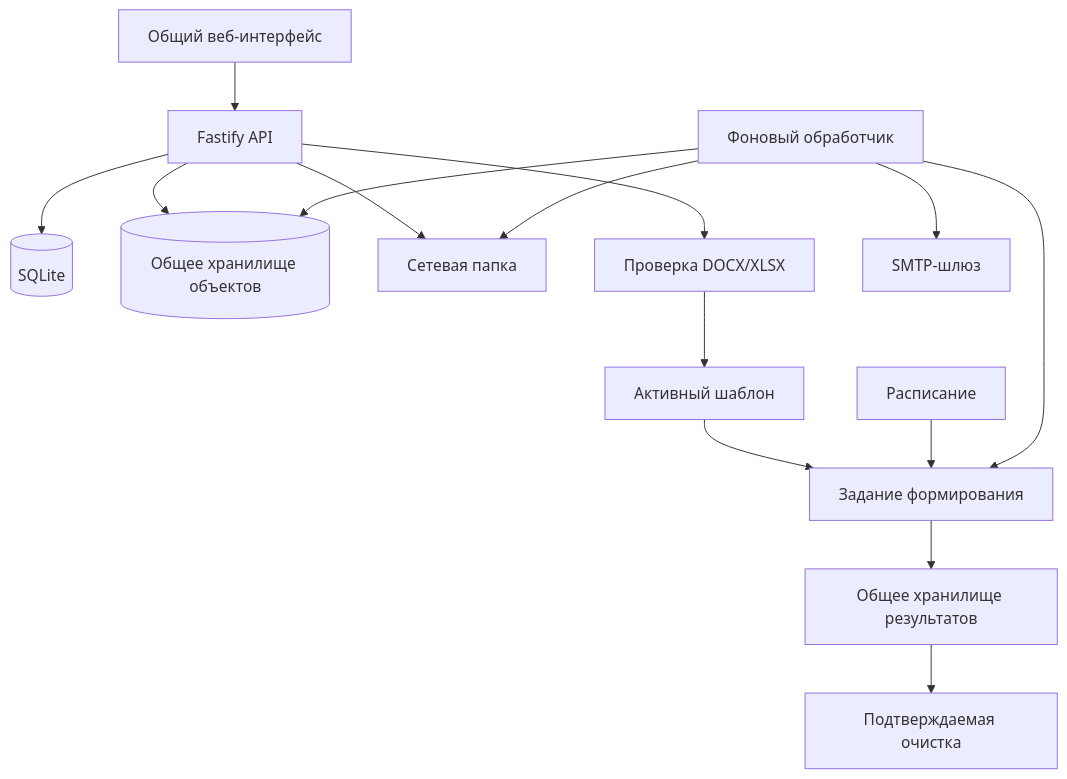
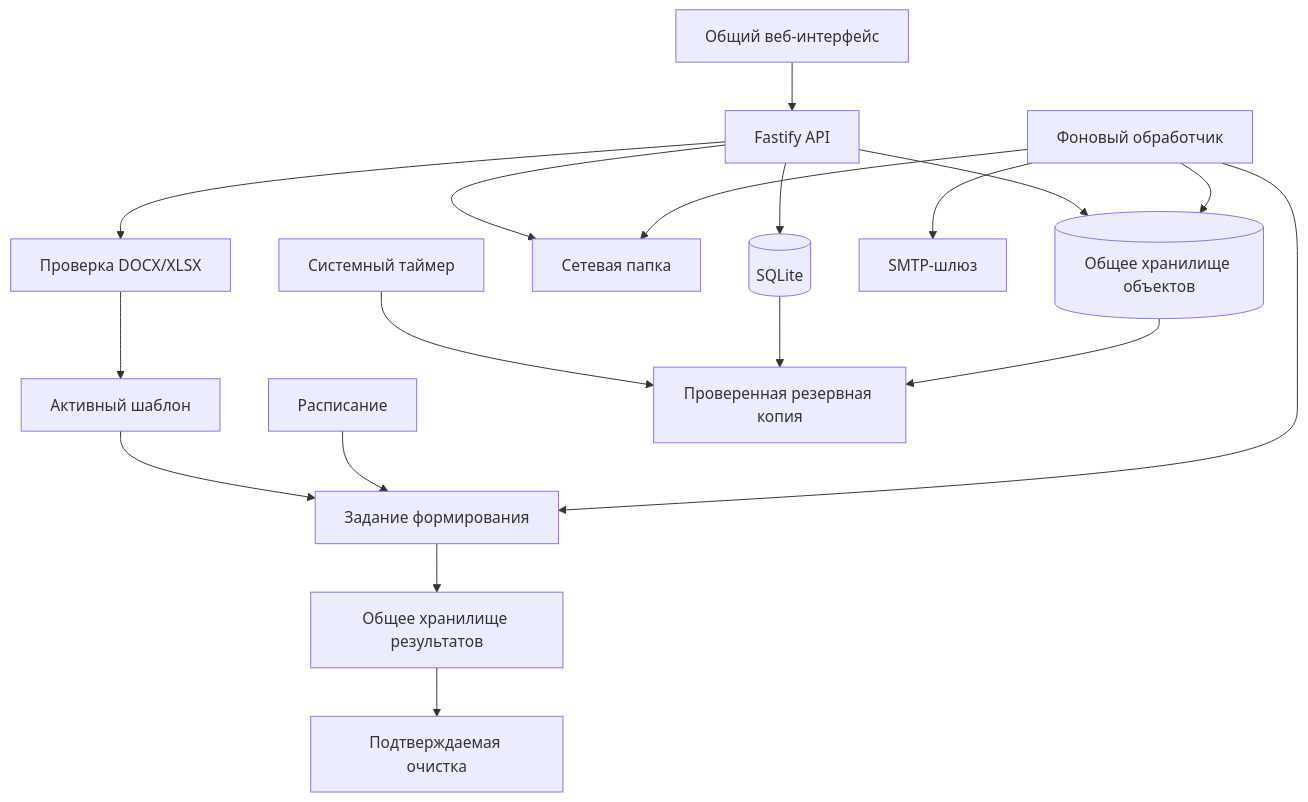
One commit to f2re/docomator changed the diagram in README.md. Above: the diagram before and after it, drawn with Mermaid. The commit also changed other lines of this file, not shown here.

````diff
--- a/README.md
+++ b/README.md
@@ -166,17 +222,20 @@
 ```mermaid
 flowchart TB
     UI[Общий веб-интерфейс] --> API[Fastify API]
     API --> DB[(SQLite)]
     API --> OBJECTS[(Общее хранилище объектов)]
     API --> SHARE[Сетевая папка]
     API --> INTAKE[Проверка DOCX/XLSX]
     INTAKE --> RELEASE[Активный шаблон]
     RELEASE --> JOB[Задание формирования]
     SCHEDULE[Расписание] --> JOB
     WORKER[Фоновый обработчик] --> JOB
     WORKER --> OBJECTS
     WORKER --> SMTP[SMTP-шлюз]
     WORKER --> SHARE
     JOB --> RESULTS[Общее хранилище результатов]
     RESULTS --> CLEANUP[Подтверждаемая очистка]
+    TIMER[Системный таймер] --> BACKUP[Проверенная резервная копия]
+    DB --> BACKUP
+    OBJECTS --> BACKUP
 ```
````
